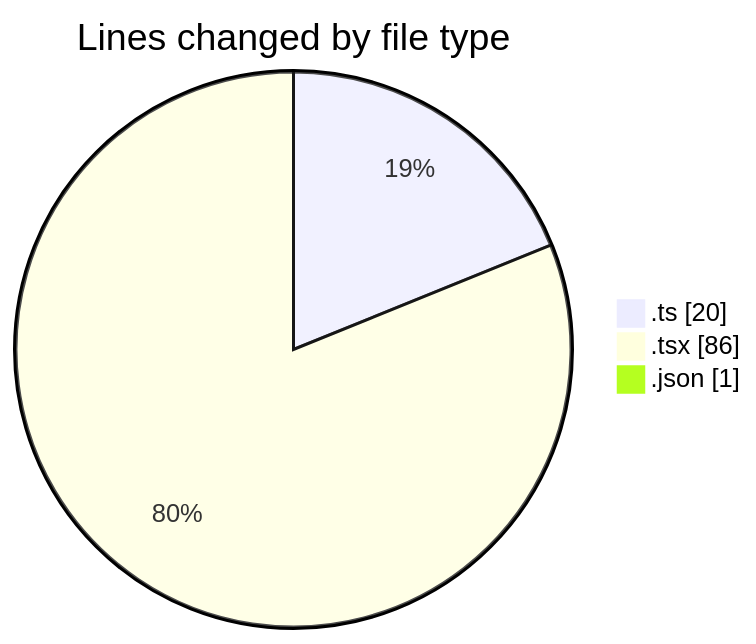
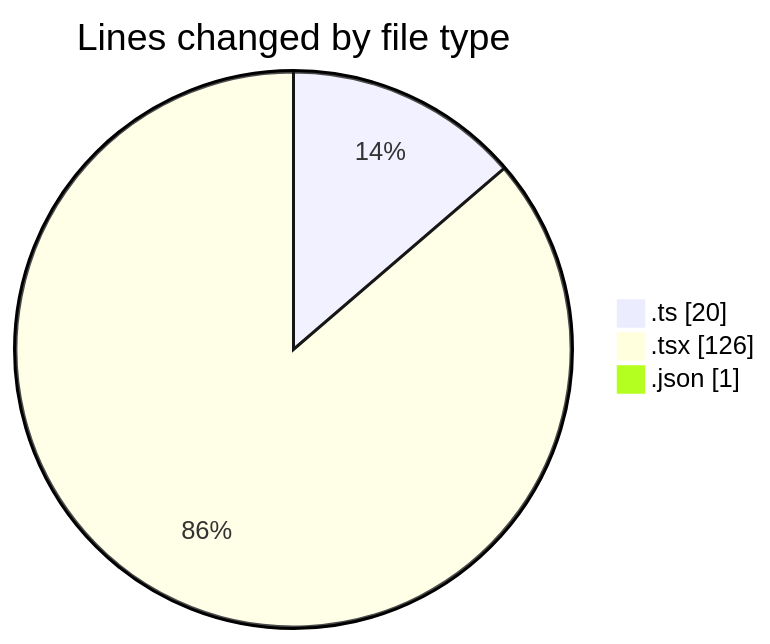
Before and after one commit to robertbonfada/code-tracking: the first of 2 diagrams in 2025-02-27/area-formacao-web/README.md, drawn with Mermaid. The commit also changed other lines of this file and 1 other file, not shown here.

````diff
--- a/2025-02-27/area-formacao-web/README.md
+++ b/2025-02-27/area-formacao-web/README.md
@@ -24,7 +24,7 @@
 ```mermaid
 pie showData
 title Lines changed by file type
 ".ts" : 20
-".tsx" : 86
+".tsx" : 126
 ".json" : 1
 ```
````
